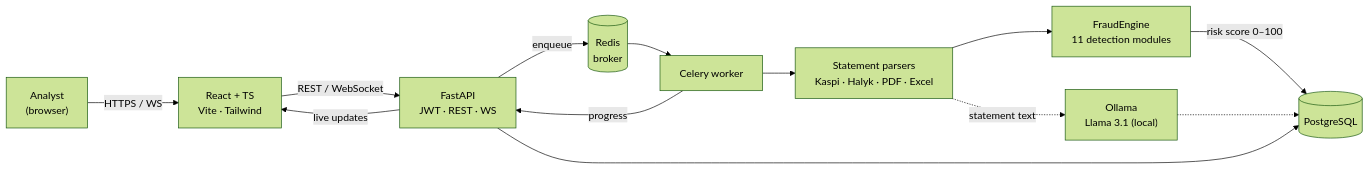
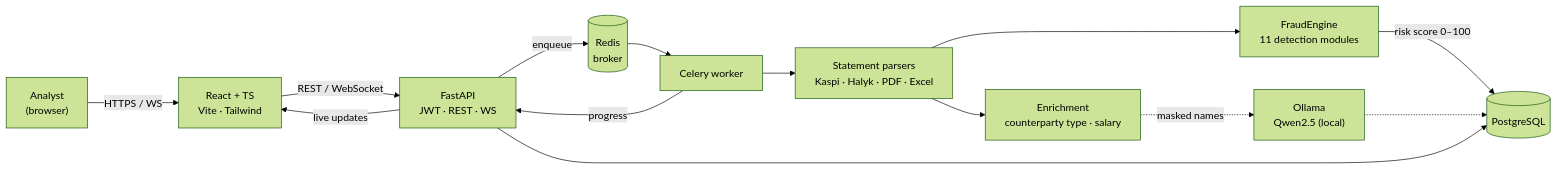
Before and after one commit to taaazhi/ntFAST: the diagram in README.md, drawn with Mermaid (forest theme). The commit also changed other lines of this file and 1 other file, not shown here.

````diff
--- a/README.md
+++ b/README.md
@@ -77,15 +79,16 @@
 ```mermaid
 flowchart LR
     U["Analyst<br/>(browser)"] -->|HTTPS / WS| FE["React + TS<br/>Vite · Tailwind"]
     FE -->|REST / WebSocket| API["FastAPI<br/>JWT · REST · WS"]
     API -->|enqueue| Q[("Redis<br/>broker")]
     Q --> W["Celery worker"]
     W --> P["Statement parsers<br/>Kaspi · Halyk · PDF · Excel"]
     P --> ENG["FraudEngine<br/>11 detection modules"]
-    P -.->|statement text| LLM["Ollama<br/>Llama 3.1 (local)"]
+    P --> ENR["Enrichment<br/>counterparty type · salary"]
+    ENR -.->|masked names| LLM["Ollama<br/>Qwen2.5 (local)"]
     ENG -->|risk score 0–100| DB[("PostgreSQL")]
     LLM -.-> DB
     API --> DB
     W -->|progress| API
     API -->|live updates| FE
 ```
````
